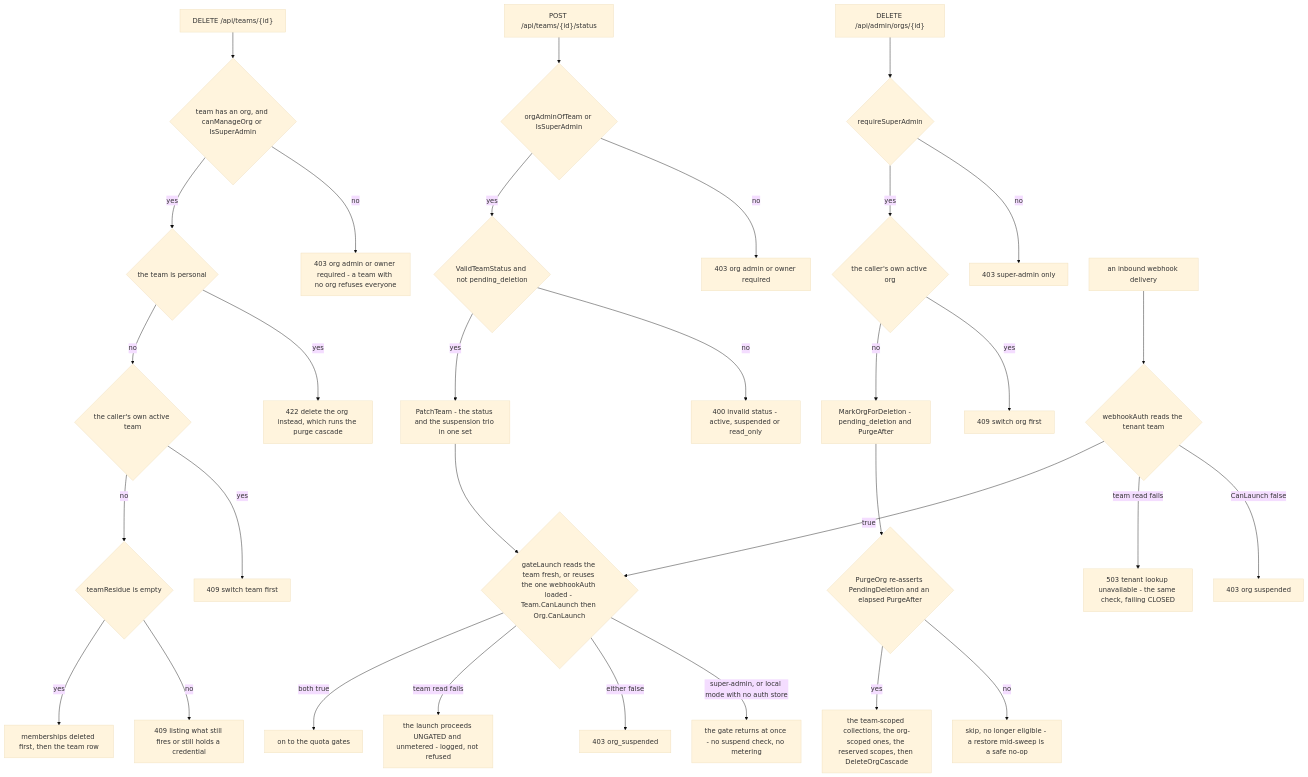
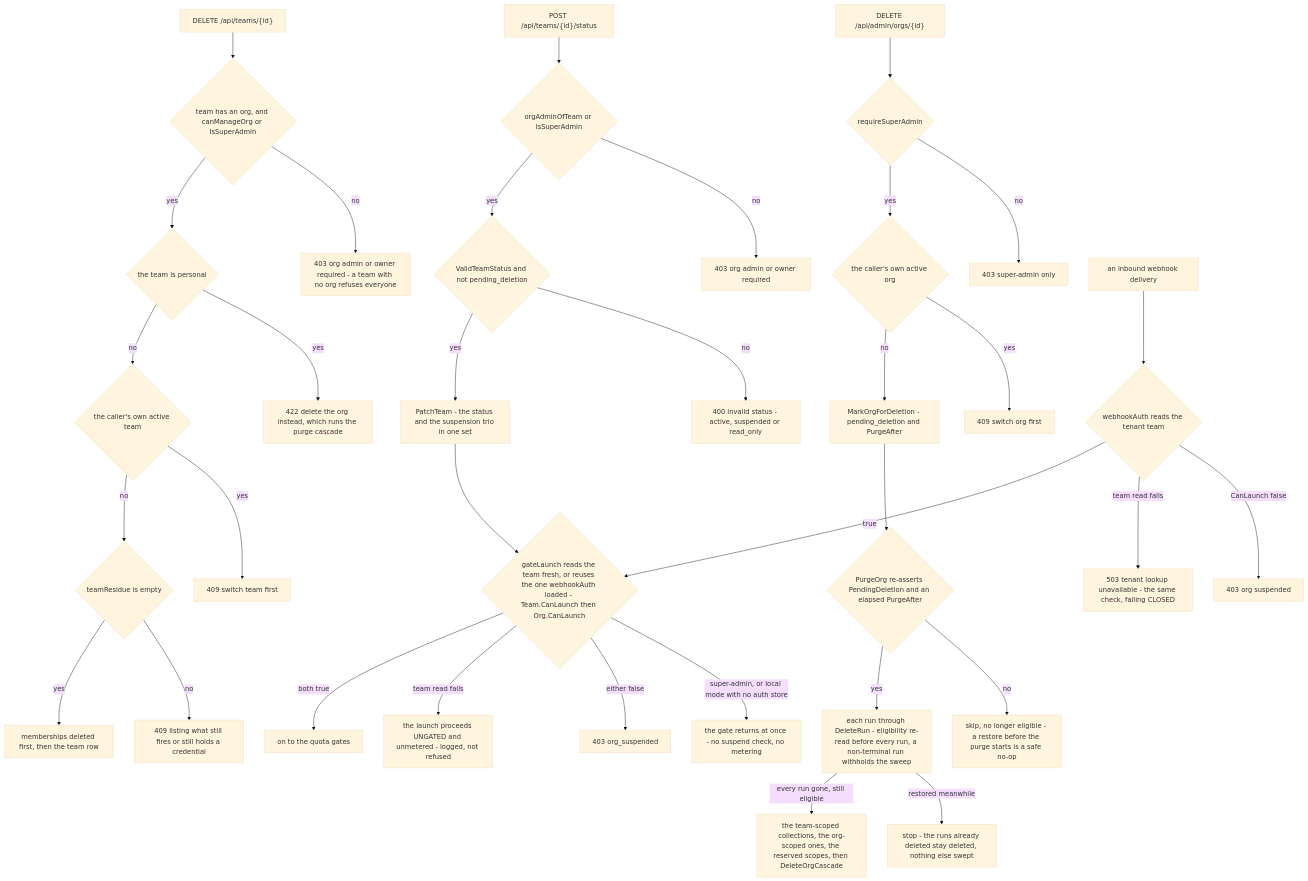
The second of 2 diagrams in docs/diagrams/flow-org-team-lifecycle.md (SocialGouv/iterion), drawn with Mermaid (base theme) before and after one commit. The commit also changed other lines of this file and 24 other files, not shown here.

````diff
--- a/docs/diagrams/flow-org-team-lifecycle.md
+++ b/docs/diagrams/flow-org-team-lifecycle.md
@@ -60,34 +60,36 @@
 ```mermaid
 flowchart TD
     treq["POST /api/teams/{id}/status"] --> tg{"orgAdminOfTeam or IsSuperAdmin"}
     tg -->|"no"| t403["403 org admin or owner required"]
     tg -->|"yes"| tv{"ValidTeamStatus and not pending_deletion"}
     tv -->|"no"| t400["400 invalid status - active, suspended or read_only"]
     tv -->|"yes"| tpatch["PatchTeam - the status and the suspension trio in one set"]
     dreq["DELETE /api/teams/{id}"] --> dorg{"team has an org, and canManageOrg or IsSuperAdmin"}
     dorg -->|"no"| d403["403 org admin or owner required - a team with no org refuses everyone"]
     dorg -->|"yes"| dpers{"the team is personal"}
     dpers -->|"yes"| d422["422 delete the org instead, which runs the purge cascade"]
     dpers -->|"no"| dself{"the caller's own active team"}
     dself -->|"yes"| d409["409 switch team first"]
     dself -->|"no"| dres{"teamResidue is empty"}
     dres -->|"no"| dr409["409 listing what still fires or still holds a credential"]
     dres -->|"yes"| ddel["memberships deleted first, then the team row"]
     oreq["DELETE /api/admin/orgs/{id}"] --> og{"requireSuperAdmin"}
     og -->|"no"| o403["403 super-admin only"]
     og -->|"yes"| oself{"the caller's own active org"}
     oself -->|"yes"| o409["409 switch org first"]
     oself -->|"no"| omark["MarkOrgForDeletion - pending_deletion and PurgeAfter"]
     omark --> sweep{"PurgeOrg re-asserts PendingDeletion and an elapsed PurgeAfter"}
-    sweep -->|"no"| skip["skip, no longer eligible - a restore mid-sweep is a safe no-op"]
-    sweep -->|"yes"| purge["the team-scoped collections, the org-scoped ones, the reserved scopes, then DeleteOrgCascade"]
+    sweep -->|"no"| skip["skip, no longer eligible - a restore before the purge starts is a safe no-op"]
+    sweep -->|"yes"| pruns["each run through DeleteRun - eligibility re-read before every run, a non-terminal run withholds the sweep"]
+    pruns -->|"restored meanwhile"| pstop["stop - the runs already deleted stay deleted, nothing else swept"]
+    pruns -->|"every run gone, still eligible"| purge["the team-scoped collections, the org-scoped ones, the reserved scopes, then DeleteOrgCascade"]
     tpatch --> gate{"gateLaunch reads the team fresh, or reuses the one webhookAuth loaded - Team.CanLaunch then Org.CanLaunch"}
     gate -->|"super-admin, or local mode with no auth store"| byp["the gate returns at once - no suspend check, no metering"]
     gate -->|"either false"| deny["403 org_suspended"]
     gate -->|"team read fails"| fopen["the launch proceeds UNGATED and unmetered - logged, not refused"]
     gate -->|"both true"| ok["on to the quota gates"]
     wreq["an inbound webhook delivery"] --> wg{"webhookAuth reads the tenant team"}
     wg -->|"CanLaunch false"| w403["403 org suspended"]
     wg -->|"team read fails"| w503["503 tenant lookup unavailable - the same check, failing CLOSED"]
     wg -->|"true"| gate
 ```
````
